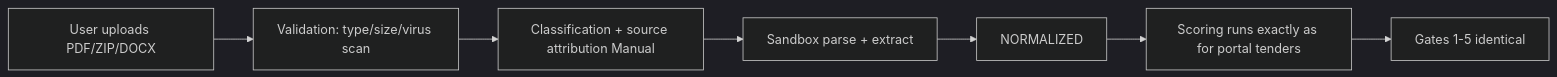
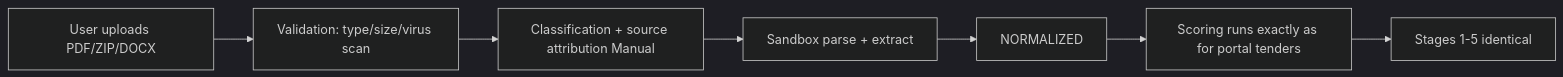
Before and after one commit to datafyresearcher/Bid-Management-System: the second of 2 diagrams in docs/03-workflow-human-gates.md, drawn with Mermaid (dark theme). The commit also changed other lines of this file and 32 other files, not shown here.

````diff
--- a/docs/03-workflow-human-gates.md
+++ b/docs/03-workflow-human-gates.md
@@ -204,9 +240,9 @@
 ```mermaid
 flowchart LR
   U[User uploads PDF/ZIP/DOCX] --> V[Validation: type/size/virus scan]
   V --> C[Classification + source attribution Manual]
   C --> P[Sandbox parse + extract]
   P --> N[NORMALIZED]
   N --> S[Scoring runs exactly as for portal tenders]
-  S --> G[Gates 1-5 identical]
+  S --> G[Stages 1-5 identical]
 ```
````
